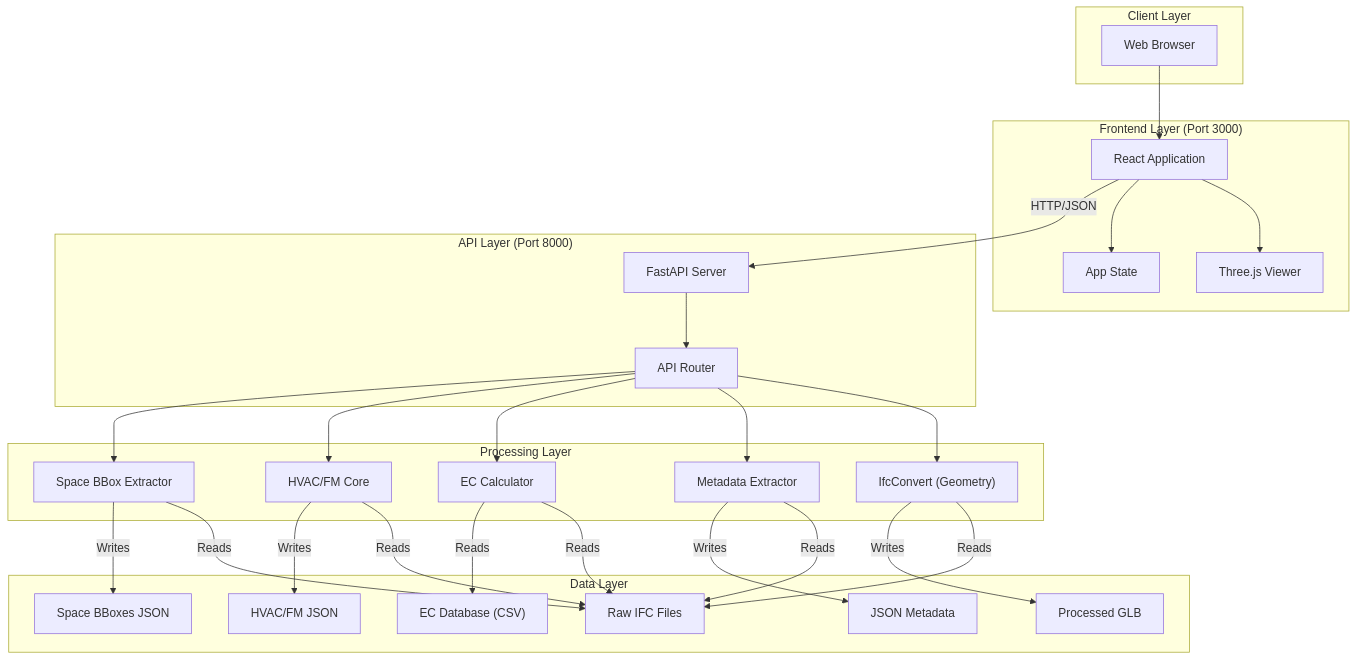
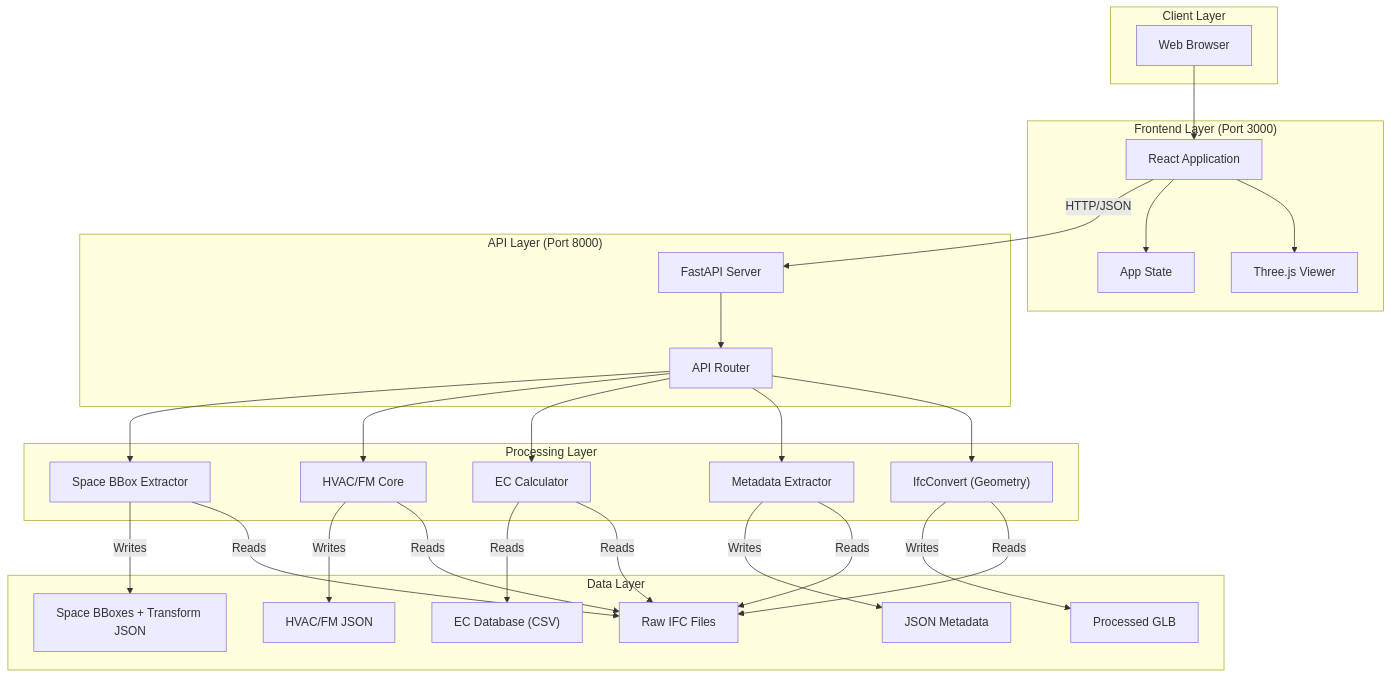
One commit to Naveendinula/DigitalTwin changed the first of 6 diagrams in SYSTEM_MAP.md. Above: the diagram before and after it, drawn with Mermaid. The commit also changed other lines of this file and 2 other files, not shown here.

First line of the commit message:
Update docs for HVAC/FM enrichment and space overlays

````diff
--- a/SYSTEM_MAP.md
+++ b/SYSTEM_MAP.md
@@ -7,62 +7,62 @@
 ```mermaid
 graph TD
     subgraph "Client Layer"
         Browser[Web Browser]
     end
 
     subgraph "Frontend Layer (Port 3000)"
         ReactApp[React Application]
         ThreeJS[Three.js Viewer]
         State[App State]
         
         Browser --> ReactApp
         ReactApp --> ThreeJS
         ReactApp --> State
     end
 
     subgraph "API Layer (Port 8000)"
         FastAPI[FastAPI Server]
         Router[API Router]
         
         ReactApp -- HTTP/JSON --> FastAPI
         FastAPI --> Router
     end
 
     subgraph "Processing Layer"
         IFCConv["IfcConvert (Geometry)"]
         MetaExt[Metadata Extractor]
         ECCalc[EC Calculator]
         HvacCore["HVAC/FM Core"]
         SpaceBBox["Space BBox Extractor"]
         
         Router --> IFCConv
         Router --> MetaExt
         Router --> ECCalc
         Router --> HvacCore
         Router --> SpaceBBox
     end
 
     subgraph "Data Layer"
         IFCFiles[Raw IFC Files]
         GLBFiles[Processed GLB]
         JSONMeta[JSON Metadata]
         ECDB["EC Database (CSV)"]
         HVACJson[HVAC/FM JSON]
-        SpaceBBoxJson[Space BBoxes JSON]
+        SpaceBBoxJson[Space BBoxes + Transform JSON]
         
         IFCConv -- Reads --> IFCFiles
         IFCConv -- Writes --> GLBFiles
         
         MetaExt -- Reads --> IFCFiles
         MetaExt -- Writes --> JSONMeta
         
         ECCalc -- Reads --> IFCFiles
         ECCalc -- Reads --> ECDB
 
         HvacCore -- Reads --> IFCFiles
         HvacCore -- Writes --> HVACJson
 
         SpaceBBox -- Reads --> IFCFiles
         SpaceBBox -- Writes --> SpaceBBoxJson
     end
 ```
````
